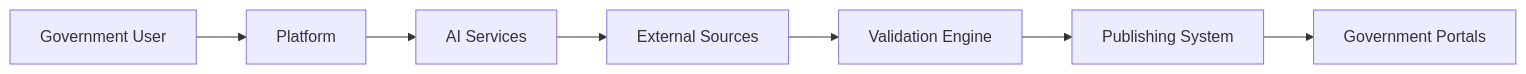
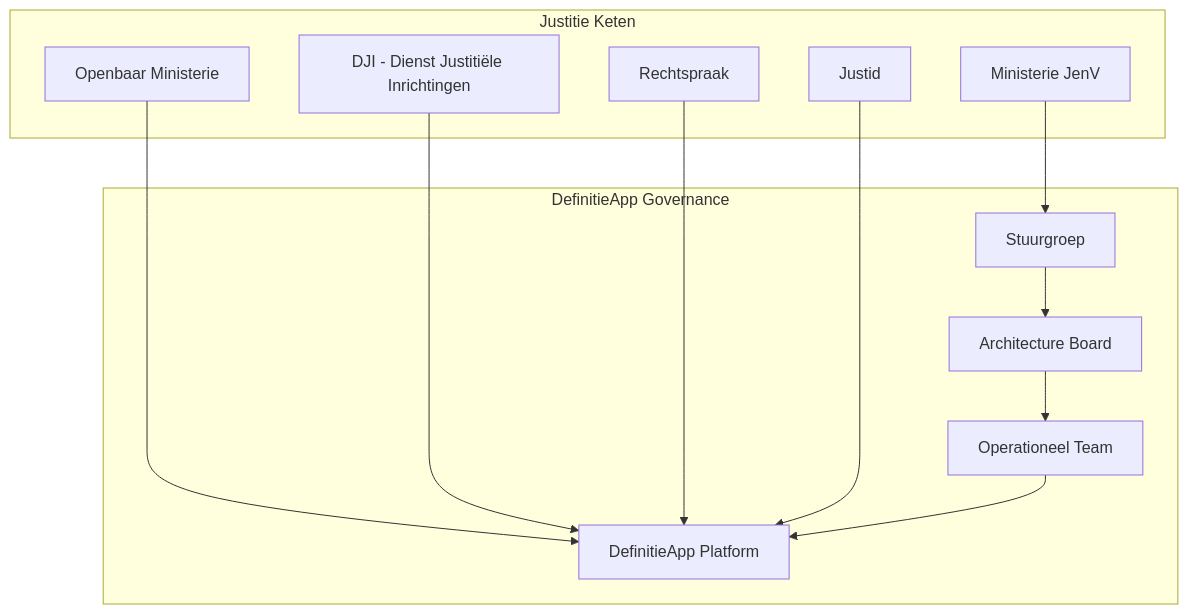
The second of 4 diagrams in docs/architectuur/ENTERPRISE_ARCHITECTURE.md (Chris-Lehnen-ICT-CONSULTING/Definitie-app-zakelijk), drawn with Mermaid before and after one commit. The commit also changed other lines of this file and 9 other files, not shown here.

First line of the commit message:
refactor: fix broken references after architecture consolidation

````diff
--- a/docs/architectuur/ENTERPRISE_ARCHITECTURE.md
+++ b/docs/architectuur/ENTERPRISE_ARCHITECTURE.md
@@ -133,9 +232,27 @@
 ```mermaid
-graph LR
-    A[Government User] --> B[Platform]
-    B --> C[AI Services]
-    C --> D[External Sources]
-    D --> E[Validation Engine]
-    E --> F[Publishing System]
-    F --> G[Government Portals]
+graph TD
+    subgraph "Justitie Keten"
+        MJV[Ministerie JenV]
+        OM[Openbaar Ministerie]
+        DJI[DJI - Dienst Justitiële Inrichtingen]
+        RS[Rechtspraak]
+        JID[Justid]
+    end
+
+    subgraph "DefinitieApp Governance"
+        DA[DefinitieApp Platform]
+        SB[Stuurgroep]
+        AB[Architecture Board]
+        OT[Operationeel Team]
+    end
+
+    MJV --> SB
+    OM --> DA
+    DJI --> DA
+    RS --> DA
+    JID --> DA
+
+    SB --> AB
+    AB --> OT
+    OT --> DA
 ```
````
